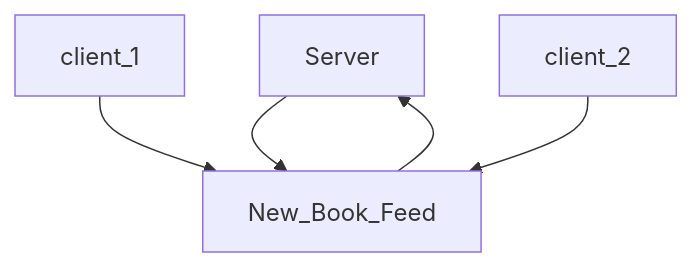
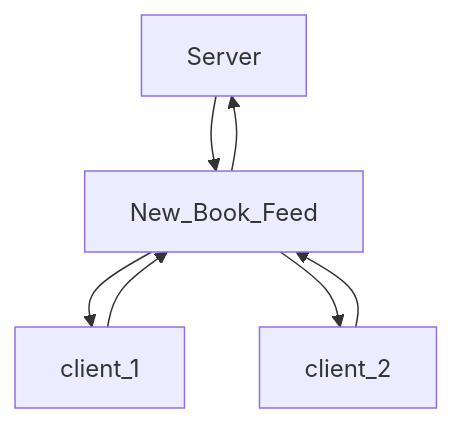
The second of 2 diagrams in README.md (mbaqes/dbit), drawn with Mermaid before and after one commit.

````diff
--- a/README.md
+++ b/README.md
@@ -35,7 +35,9 @@
  ```mermaid
 graph TD;
     Server-->New_Book_Feed;
     New_Book_Feed-->Server;
     client_1-->New_Book_Feed;
     client_2-->New_Book_Feed;
+    New_Book_Feed-->client_1;
+    New_Book_Feed-->client_2;
  ```
````
